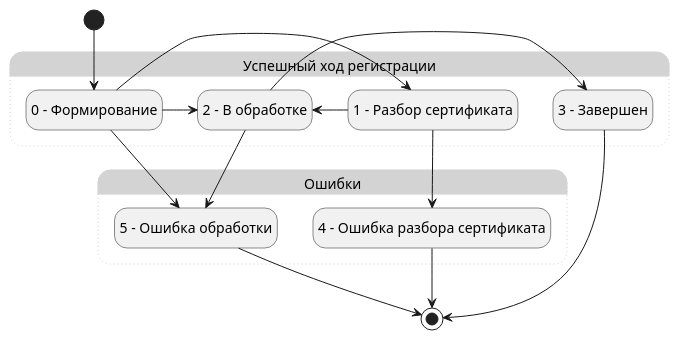
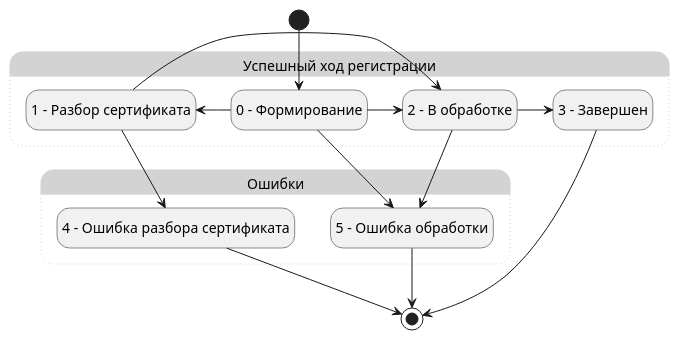
The diagram in udo_plora_statuses.puml (citpb/platform-astral-schemes), drawn with PlantUML before and after one commit.

```diff
--- a/udo_plora_statuses.puml
+++ b/udo_plora_statuses.puml
@@ -1,30 +1,30 @@
 @startuml
 hide empty description
 state "Успешный ход регистрации" as Saccess #LightGray;line.dotted;line:LightGray {
     state "0 – Формирование" as State0
     state "1 – Разбор сертификата" as State1
     state "2 - В обработке" as State2
     state "3 - Завершен" as State3
 }
 state "Ошибки" as Errors #LightGray;line.dotted;line:LightGray {
     state "4 - Ошибка разбора сертификата" as State4
     state "5 - Ошибка обработки" as State5
 }
 
 [*] --> State0
 State0 -> State1
 State0 -> State2
-State0 -> State5
+State0 --> State5
 
 State1 -> State2
 State1 --> State4
 
 State2 -> State3
 State2 --> State5
 
 State4  --> [*]
 State5  --> [*]
 
 State3 --> [*]
 
 @enduml
```
